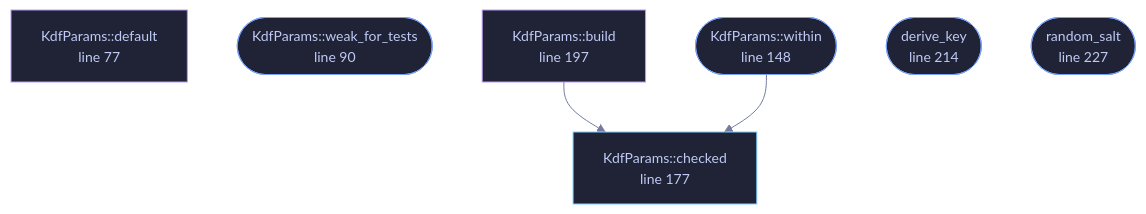
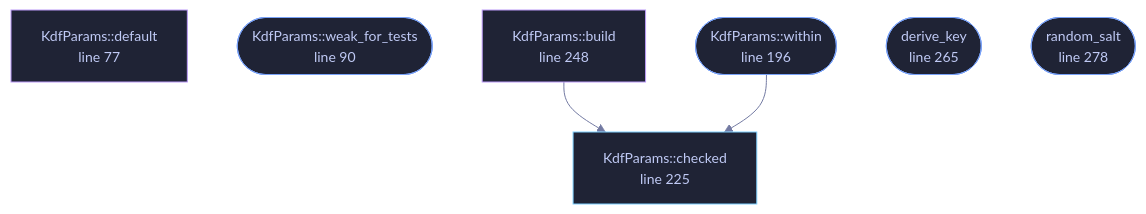
Before and after one commit to tilas01/veilvoice: the diagram in docs/files/veilvoice-crypto/kdf.md, drawn with Mermaid. The commit also changed other lines of this file and 81 other files, not shown here.

````diff
--- a/docs/files/veilvoice-crypto/kdf.md
+++ b/docs/files/veilvoice-crypto/kdf.md
@@ -114,26 +114,26 @@
 ```mermaid
 %%{init: {"theme":"base","themeVariables":{"background":"#1a1b26","primaryColor":"#1f2335","primaryTextColor":"#c0caf5","primaryBorderColor":"#7aa2f7","secondaryColor":"#16161e","tertiaryColor":"#16161e","lineColor":"#737aa2","textColor":"#c0caf5","mainBkg":"#1f2335","nodeBorder":"#7aa2f7","clusterBkg":"#16161e","clusterBorder":"#2f3549","fontFamily":"ui-monospace, SFMono-Regular, Consolas, monospace","fontSize":"14px"}}}%%
 flowchart TD
     n_default["KdfParams::default<br/>line 77"]
     n_weak_for_tests(["KdfParams::weak_for_tests<br/>line 90"])
-    n_within(["KdfParams::within<br/>line 148"])
-    n_checked["KdfParams::checked<br/>line 177"]
-    n_build["KdfParams::build<br/>line 197"]
-    n_derive_key(["derive_key<br/>line 214"])
-    n_random_salt(["random_salt<br/>line 227"])
+    n_within(["KdfParams::within<br/>line 196"])
+    n_checked["KdfParams::checked<br/>line 225"]
+    n_build["KdfParams::build<br/>line 248"]
+    n_derive_key(["derive_key<br/>line 265"])
+    n_random_salt(["random_salt<br/>line 278"])
     n_build --> n_checked
     n_within --> n_checked
     click n_default href "https://github.com/tilas01/veilvoice/blob/main/crates/veilvoice-crypto/src/kdf.rs#L77" "open the source"
     click n_weak_for_tests href "https://github.com/tilas01/veilvoice/blob/main/crates/veilvoice-crypto/src/kdf.rs#L90" "open the source"
-    click n_within href "https://github.com/tilas01/veilvoice/blob/main/crates/veilvoice-crypto/src/kdf.rs#L148" "open the source"
-    click n_checked href "https://github.com/tilas01/veilvoice/blob/main/crates/veilvoice-crypto/src/kdf.rs#L177" "open the source"
-    click n_build href "https://github.com/tilas01/veilvoice/blob/main/crates/veilvoice-crypto/src/kdf.rs#L197" "open the source"
-    click n_derive_key href "https://github.com/tilas01/veilvoice/blob/main/crates/veilvoice-crypto/src/kdf.rs#L214" "open the source"
-    click n_random_salt href "https://github.com/tilas01/veilvoice/blob/main/crates/veilvoice-crypto/src/kdf.rs#L227" "open the source"
+    click n_within href "https://github.com/tilas01/veilvoice/blob/main/crates/veilvoice-crypto/src/kdf.rs#L196" "open the source"
+    click n_checked href "https://github.com/tilas01/veilvoice/blob/main/crates/veilvoice-crypto/src/kdf.rs#L225" "open the source"
+    click n_build href "https://github.com/tilas01/veilvoice/blob/main/crates/veilvoice-crypto/src/kdf.rs#L248" "open the source"
+    click n_derive_key href "https://github.com/tilas01/veilvoice/blob/main/crates/veilvoice-crypto/src/kdf.rs#L265" "open the source"
+    click n_random_salt href "https://github.com/tilas01/veilvoice/blob/main/crates/veilvoice-crypto/src/kdf.rs#L278" "open the source"
     classDef entry fill:#1f2335,stroke:#7aa2f7,color:#c0caf5
     class n_weak_for_tests,n_within,n_derive_key,n_random_salt entry
     classDef api fill:#1f2335,stroke:#7dcfff,color:#c0caf5
     class n_checked api
     classDef helper fill:#1f2335,stroke:#bb9af7,color:#c0caf5
     class n_default,n_build helper
 ```
````
